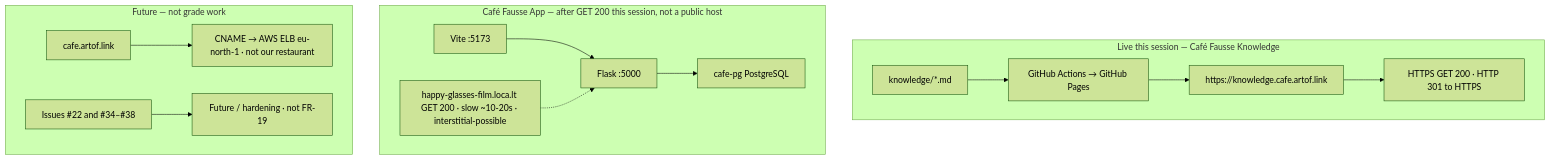
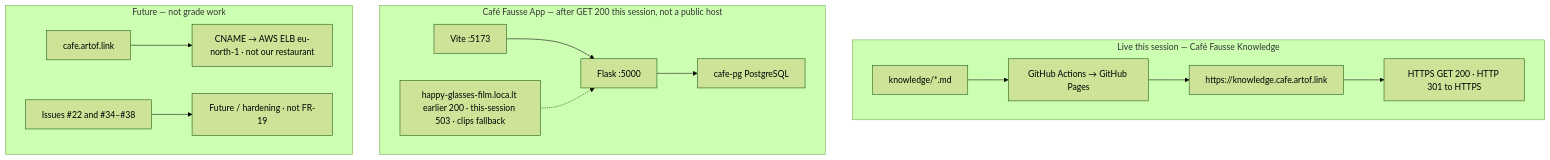
The diagram in knowledge/friday-plan.md (artofdream/aea-interactive-design), drawn with Mermaid (forest theme) before and after one commit. The commit also changed other lines of this file and 5 other files, not shown here.

First line of the commit message:
docs(knowledge): happy-glasses-film is 503 after reboot (#61)

````diff
--- a/knowledge/friday-plan.md
+++ b/knowledge/friday-plan.md
@@ -70,17 +70,17 @@
 ```mermaid
 flowchart TB
   subgraph LIVE["Live this session — Café Fausse Knowledge"]
     MD["knowledge/*.md"] --> BUILD["GitHub Actions → GitHub Pages"]
     BUILD --> KH["https://knowledge.cafe.artof.link"]
     KH --> OK["HTTPS GET 200 · HTTP 301 to HTTPS"]
   end
   subgraph APP["Café Fausse App — after GET 200 this session, not a public host"]
     VITE["Vite :5173"] --> FLASK["Flask :5000"]
     FLASK --> PG["cafe-pg PostgreSQL"]
-    TUN["happy-glasses-film.loca.lt GET 200 · slow ~10-20s · interstitial-possible"] -.-> FLASK
+    TUN["happy-glasses-film.loca.lt earlier 200 · this-session 503 · clips fallback"] -.-> FLASK
   end
   subgraph FUT["Future — not grade work"]
     CAFE["cafe.artof.link"] --> ELB["CNAME → AWS ELB eu-north-1 · not our restaurant"]
     FS["Issues #22 and #34–#38"] --> PARK["Future / hardening · not FR-19"]
   end
 ```
````
